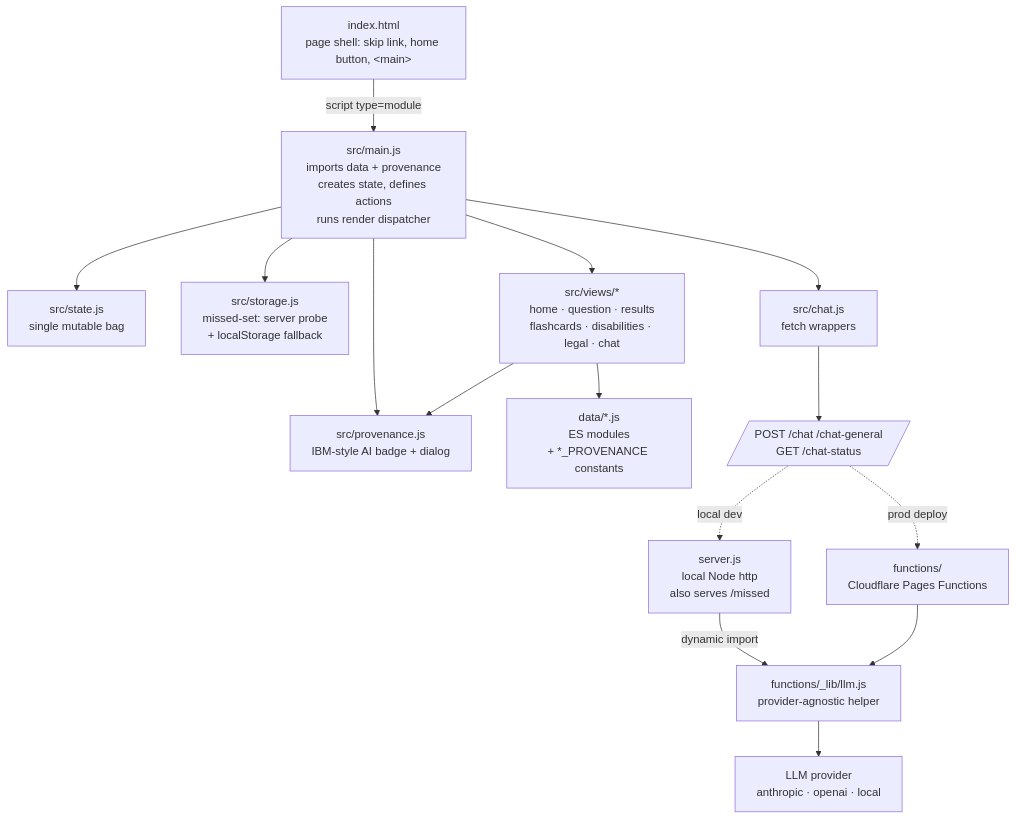
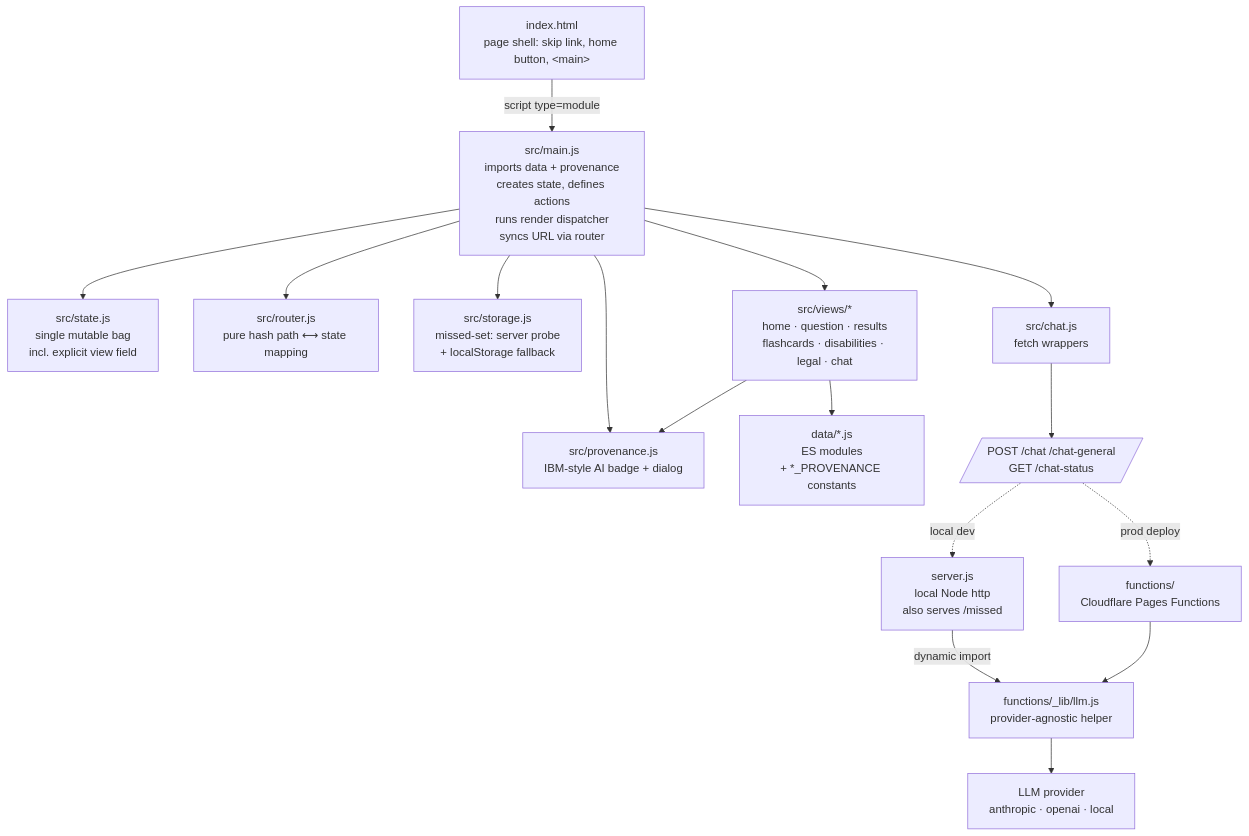
The first of 4 diagrams in ARCHITECTURE.md (lucidsif/cpacc-exam-prep), drawn with Mermaid before and after one commit. The commit also changed other lines of this file and 11 other files, not shown here.

First line of the commit message:
feat(nav): browser Back/Forward, and de-vendor the chat-status copy

````diff
--- a/ARCHITECTURE.md
+++ b/ARCHITECTURE.md
@@ -16,34 +16,36 @@
 ```mermaid
 graph TD
   accTitle: High-level architecture of the CPACC test-maker app
-  accDescr: index.html loads main.js which imports data and provenance, creates state, and runs a render dispatcher. The dispatcher delegates to one of seven view modules. Views read from a shared state object and never mutate it directly — they invoke actions defined in main.js. The chat endpoints are served either by a local Node server or by Cloudflare Pages Functions. Both call the same shared helper, functions/_lib/llm.js, which forwards the request to the configured LLM provider: Anthropic, OpenAI, or a local OpenAI-compatible model server.
+  accDescr: index.html loads main.js which imports data and provenance, creates state, and runs a render dispatcher. The dispatcher delegates to one of seven view modules based on the explicit state.view field, then syncs the URL hash via the router module so browser Back and Forward work. Views read from a shared state object and never mutate it directly — they invoke actions defined in main.js. The chat endpoints are served either by a local Node server or by Cloudflare Pages Functions. Both call the same shared helper, functions/_lib/llm.js, which forwards the request to the configured LLM provider: Anthropic, OpenAI, or a local OpenAI-compatible model server.
 
   H[index.html<br/>page shell: skip link, home button, &lt;main&gt;]
-  M[src/main.js<br/>imports data + provenance<br/>creates state, defines actions<br/>runs render dispatcher]
-  S[src/state.js<br/>single mutable bag]
+  M[src/main.js<br/>imports data + provenance<br/>creates state, defines actions<br/>runs render dispatcher<br/>syncs URL via router]
+  S[src/state.js<br/>single mutable bag<br/>incl. explicit view field]
+  R[src/router.js<br/>pure hash path ⟷ state mapping]
   ST[src/storage.js<br/>missed-set: server probe<br/>+ localStorage fallback]
   P[src/provenance.js<br/>IBM-style AI badge + dialog]
   V[src/views/*<br/>home · question · results<br/>flashcards · disabilities · legal · chat]
   D[data/*.js<br/>ES modules<br/>+ *_PROVENANCE constants]
   CL[src/chat.js<br/>fetch wrappers]
   SRV[/POST /chat /chat-general<br/>GET /chat-status/]
   LN[server.js<br/>local Node http<br/>also serves /missed]
   CF[functions/<br/>Cloudflare Pages Functions]
   LLM[functions/_lib/llm.js<br/>provider-agnostic helper]
   A[LLM provider<br/>anthropic · openai · local]
 
   H -->|script type=module| M
   M --> S
+  M --> R
   M --> ST
   M --> P
   M --> V
   M --> CL
   V --> D
   V --> P
   CL --> SRV
   SRV -.->|local dev| LN
   SRV -.->|prod deploy| CF
   LN -->|dynamic import| LLM
   CF --> LLM
   LLM --> A
 ```
````
